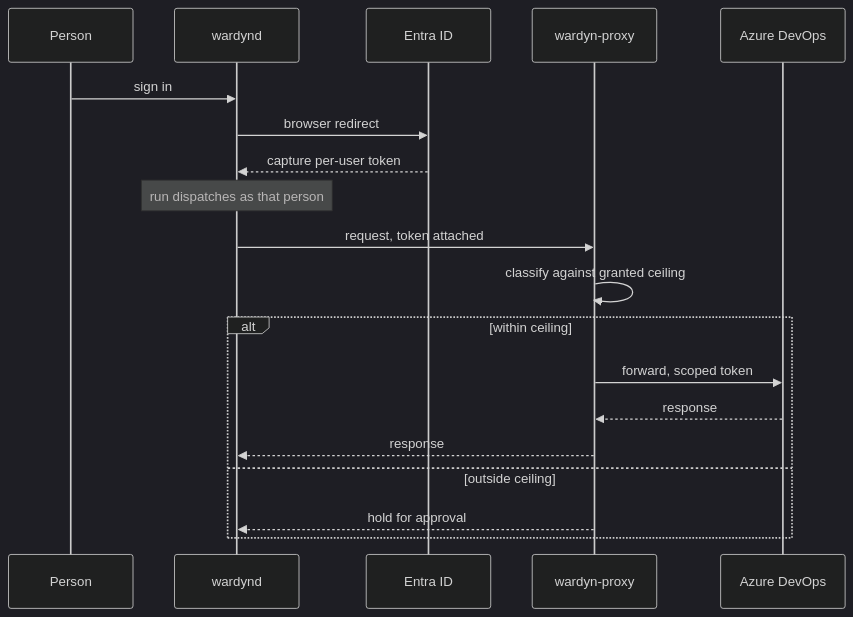
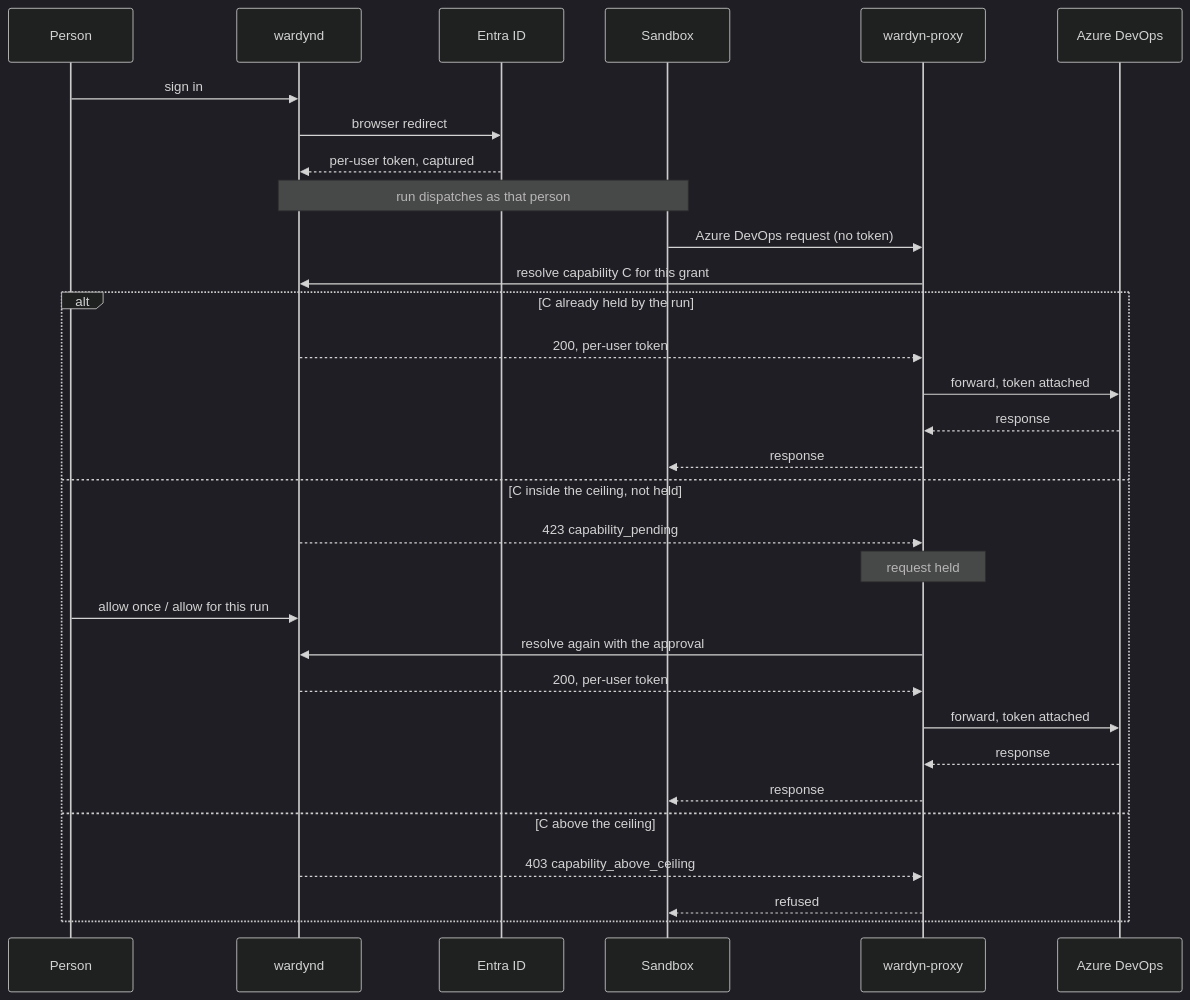
The diagram in docs/AZURE-DEVOPS.md (cjohnstoniv/wardyn), drawn with Mermaid (dark theme) before and after one commit. The commit also changed 2 other files, not shown here.

Commit message:
Redraw the Azure DevOps request flow and gate its diagram
The sequence now starts at the sandbox, has the proxy resolve the
capability against wardynd, and splits three ways: held (forwarded with
the per-user token), inside the ceiling but not held (423 hold, a person
approves, forwarded) and above the ceiling (403). docs/AZURE-DEVOPS.md
joins the diagram gate, and the released 0.7.10 changelog entry names
the path that actually shipped again.

````diff
--- a/docs/AZURE-DEVOPS.md
+++ b/docs/AZURE-DEVOPS.md
@@ -184,22 +184,34 @@
 ```mermaid
 sequenceDiagram
   participant Person
   participant Wardyn as wardynd
   participant Entra as Entra ID
+  participant Sandbox
   participant Proxy as wardyn-proxy
   participant ADO as Azure DevOps
 
   Person->>Wardyn: sign in
   Wardyn->>Entra: browser redirect
-  Entra-->>Wardyn: capture per-user token
-  Note over Wardyn: run dispatches as that person
-  Wardyn->>Proxy: request, token attached
-  Proxy->>Proxy: classify against granted ceiling
-  alt within ceiling
-    Proxy->>ADO: forward, scoped token
+  Entra-->>Wardyn: per-user token, captured
+  Note over Wardyn,Sandbox: run dispatches as that person
+  Sandbox->>Proxy: Azure DevOps request (no token)
+  Proxy->>Wardyn: resolve capability C for this grant
+  alt C already held by the run
+    Wardyn-->>Proxy: 200, per-user token
+    Proxy->>ADO: forward, token attached
     ADO-->>Proxy: response
-    Proxy-->>Wardyn: response
-  else outside ceiling
-    Proxy-->>Wardyn: hold for approval
+    Proxy-->>Sandbox: response
+  else C inside the ceiling, not held
+    Wardyn-->>Proxy: 423 capability_pending
+    Note over Proxy: request held
+    Person->>Wardyn: allow once / allow for this run
+    Proxy->>Wardyn: resolve again with the approval
+    Wardyn-->>Proxy: 200, per-user token
+    Proxy->>ADO: forward, token attached
+    ADO-->>Proxy: response
+    Proxy-->>Sandbox: response
+  else C above the ceiling
+    Wardyn-->>Proxy: 403 capability_above_ceiling
+    Proxy-->>Sandbox: refused
   end
 ```
````
